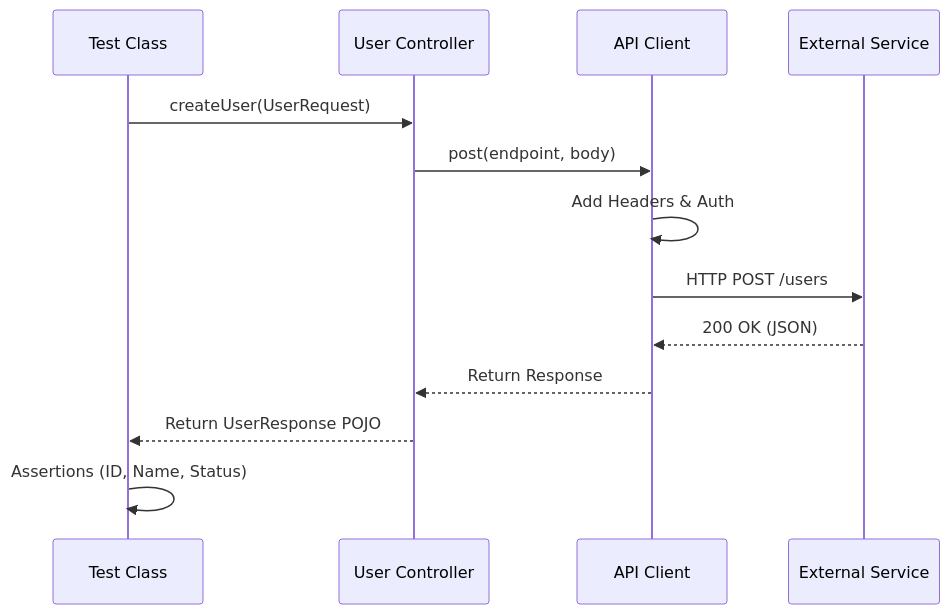
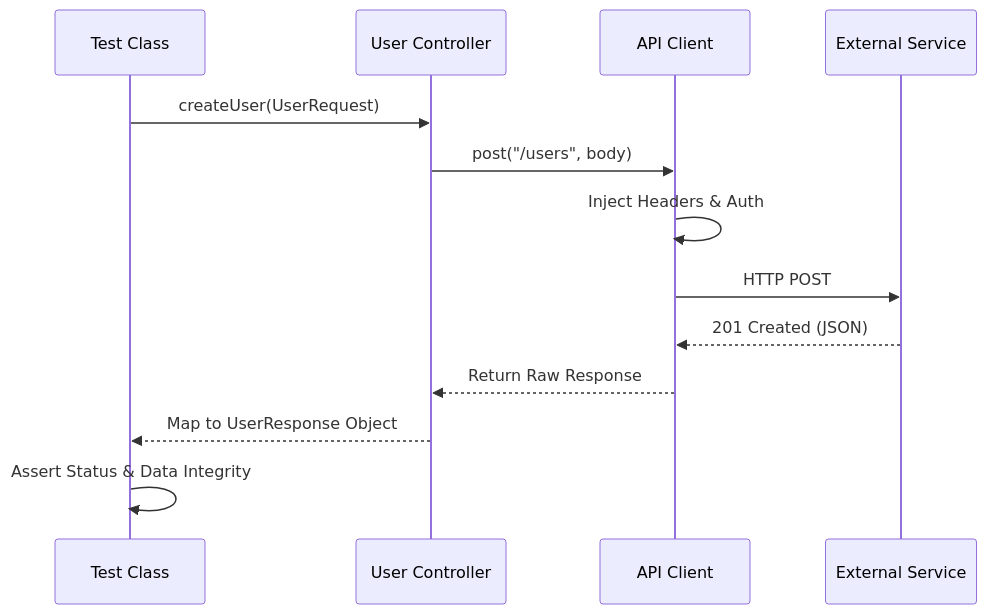
One commit to abhi9avx/modular-api-automation-framework changed the second of 2 diagrams in README.md. Above: the diagram before and after it, drawn with Mermaid. The commit also changed other lines of this file, not shown here.

Commit message:
docs: enhance README with improved clarity, detailed architecture, and a new contribution guide.

````diff
--- a/README.md
+++ b/README.md
@@ -90,16 +90,16 @@
 ```mermaid
 sequenceDiagram
     participant Test as Test Class
     participant Controller as User Controller
     participant Client as API Client
     participant API as External Service
     
     Test->>Controller: createUser(UserRequest)
-    Controller->>Client: post(endpoint, body)
-    Client->>Client: Add Headers & Auth
-    Client->>API: HTTP POST /users
-    API-->>Client: 200 OK (JSON)
-    Client-->>Controller: Return Response
-    Controller-->>Test: Return UserResponse POJO
-    Test->>Test: Assertions (ID, Name, Status)
+    Controller->>Client: post("/users", body)
+    Client->>Client: Inject Headers & Auth
+    Client->>API: HTTP POST 
+    API-->>Client: 201 Created (JSON)
+    Client-->>Controller: Return Raw Response
+    Controller-->>Test: Map to UserResponse Object
+    Test->>Test: Assert Status & Data Integrity
 ```
````
